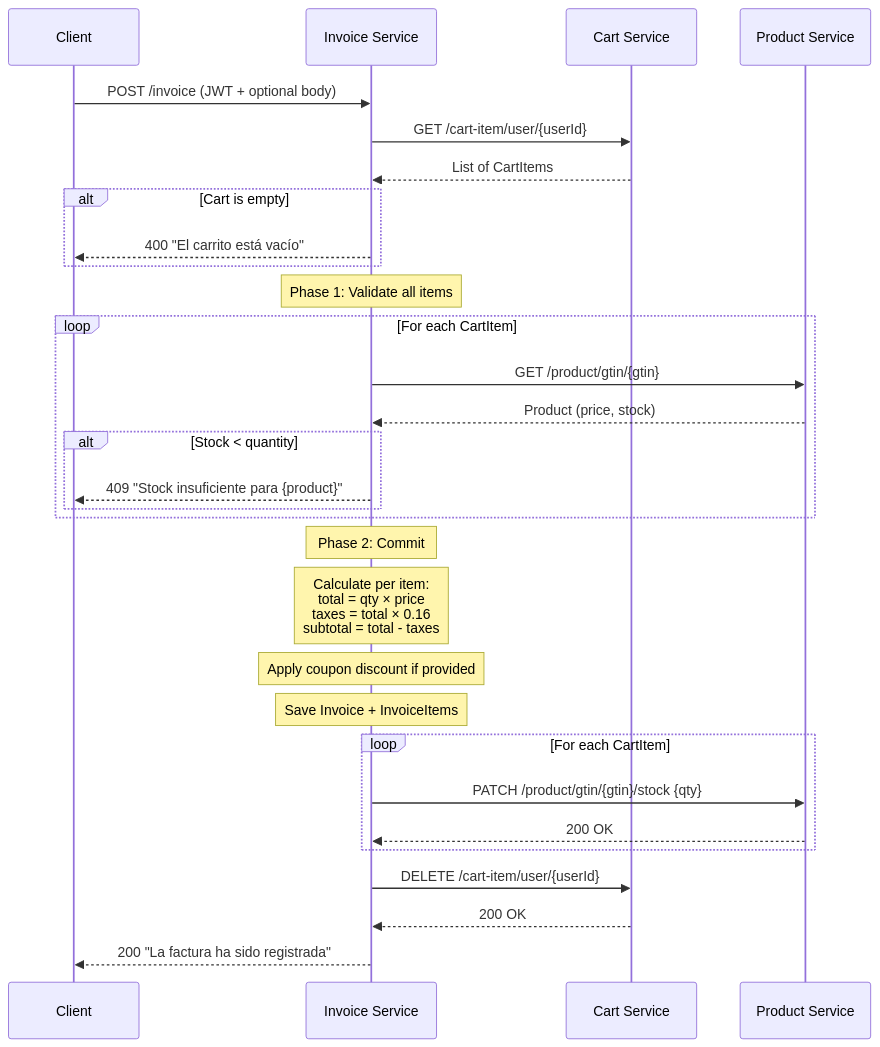
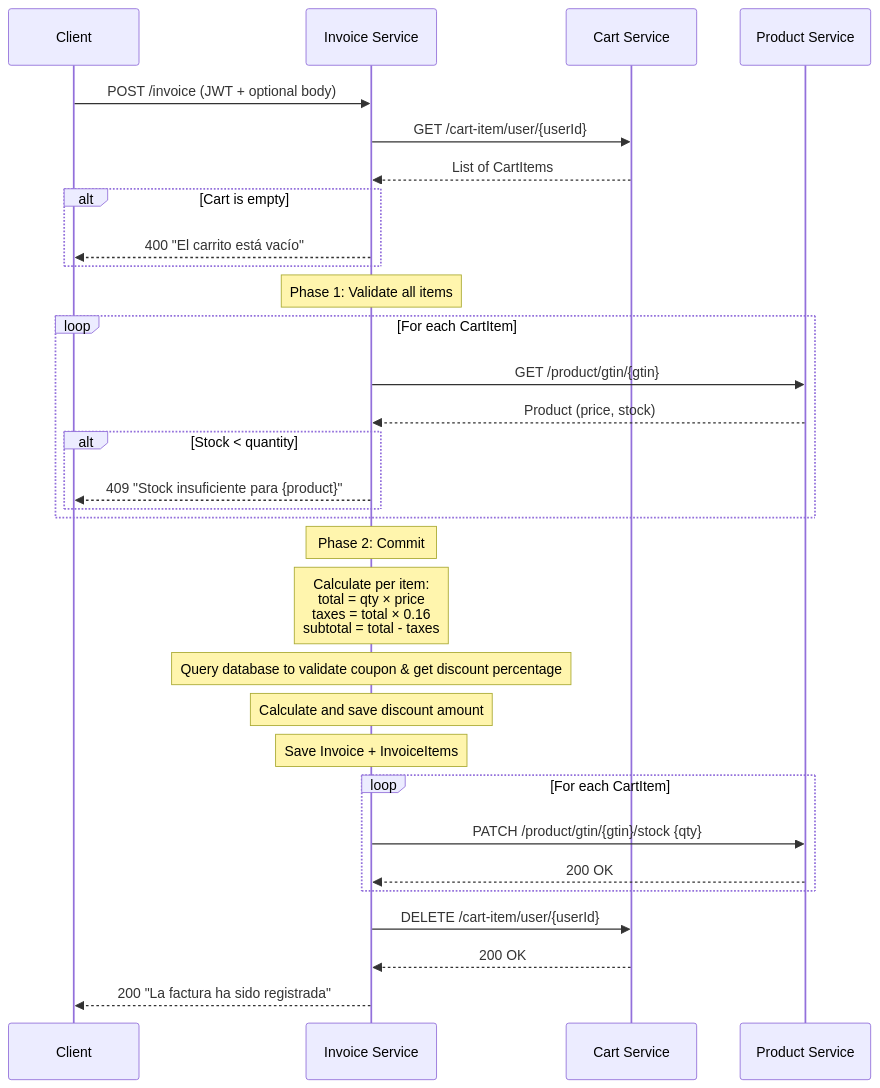
One commit to toporaku/swdb-main changed the third of 3 diagrams in README.md. Above: the diagram before and after it, drawn with Mermaid. The commit also changed other lines of this file, not shown here.

````diff
--- a/README.md
+++ b/README.md
@@ -161,39 +161,40 @@
 ```mermaid
 sequenceDiagram
     participant C as Client
     participant INV as Invoice Service
     participant CART as Cart Service
     participant PROD as Product Service
     
     C->>INV: POST /invoice (JWT + optional body)
     INV->>CART: GET /cart-item/user/{userId}
     CART-->>INV: List of CartItems
     
     alt Cart is empty
         INV-->>C: 400 "El carrito está vacío"
     end
     
     Note over INV: Phase 1: Validate all items
     loop For each CartItem
         INV->>PROD: GET /product/gtin/{gtin}
         PROD-->>INV: Product (price, stock)
         alt Stock < quantity
             INV-->>C: 409 "Stock insuficiente para {product}"
         end
     end
     
     Note over INV: Phase 2: Commit
     Note over INV: Calculate per item:<br/>total = qty × price<br/>taxes = total × 0.16<br/>subtotal = total - taxes
-    Note over INV: Apply coupon discount if provided
+    Note over INV: Query database to validate coupon & get discount percentage
+    Note over INV: Calculate and save discount amount
     Note over INV: Save Invoice + InvoiceItems
     
     loop For each CartItem
         INV->>PROD: PATCH /product/gtin/{gtin}/stock {qty}
         PROD-->>INV: 200 OK
     end
     
     INV->>CART: DELETE /cart-item/user/{userId}
     CART-->>INV: 200 OK
     
     INV-->>C: 200 "La factura ha sido registrada"
 ```
````
